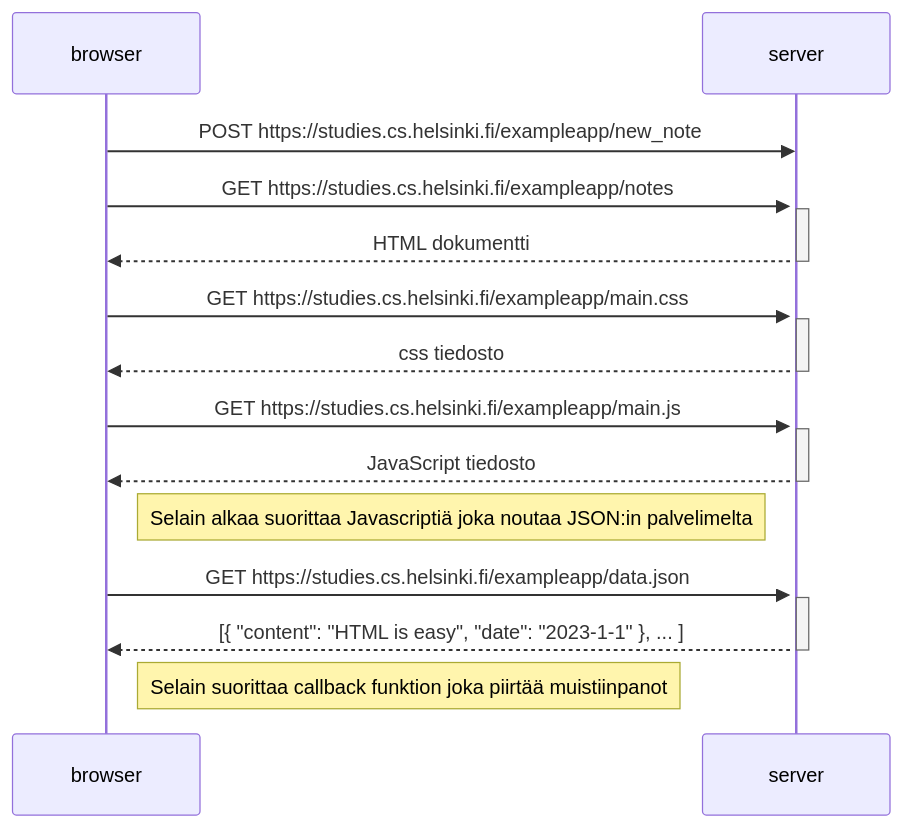
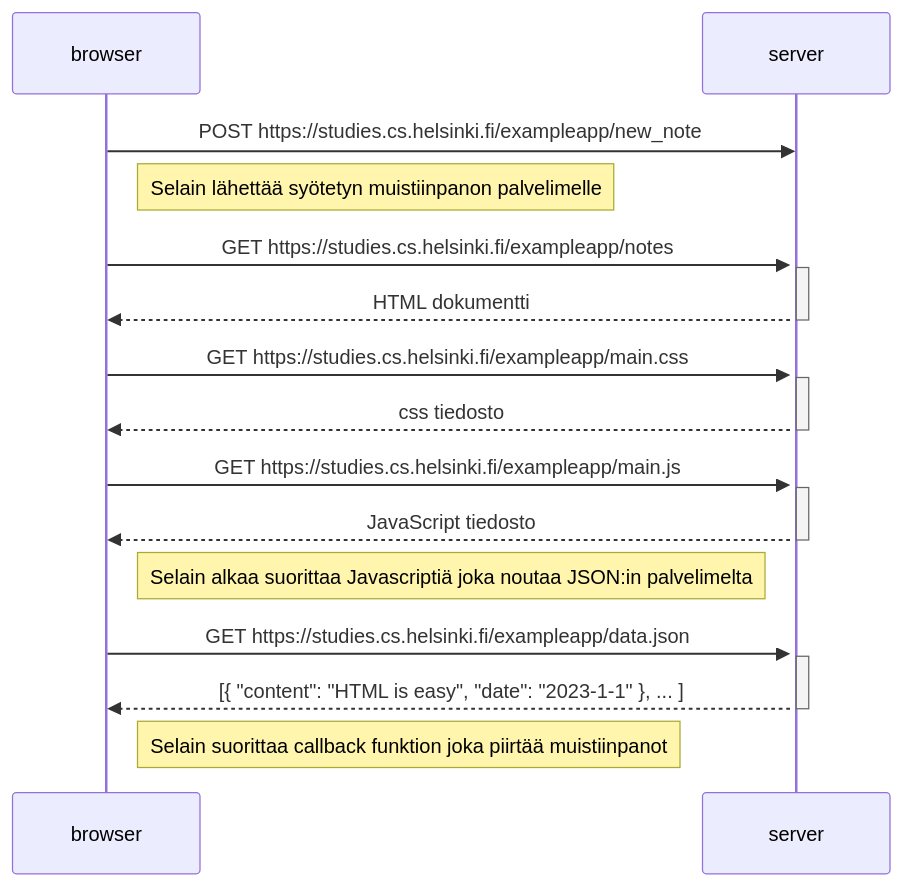
The diagram in fso0t1.md (tuuhei8/full-stack-open), drawn with Mermaid before and after one commit.

````diff
--- a/fso0t1.md
+++ b/fso0t1.md
@@ -1,32 +1,34 @@
 ```mermaid
 sequenceDiagram
     participant browser
     participant server
 
     browser->>server: POST https://studies.cs.helsinki.fi/exampleapp/new_note
     activate server
+
+    Note right of browser: Selain lähettää syötetyn muistiinpanon palvelimelle
     
     browser->>server: GET https://studies.cs.helsinki.fi/exampleapp/notes
     activate server
     server-->>browser: HTML dokumentti
     deactivate server
     
     browser->>server: GET https://studies.cs.helsinki.fi/exampleapp/main.css
     activate server
     server-->>browser: css tiedosto
     deactivate server
     
     browser->>server: GET https://studies.cs.helsinki.fi/exampleapp/main.js
     activate server
     server-->>browser: JavaScript tiedosto
     deactivate server
     
     Note right of browser: Selain alkaa suorittaa Javascriptiä joka noutaa JSON:in palvelimelta
     
     browser->>server: GET https://studies.cs.helsinki.fi/exampleapp/data.json
     activate server
     server-->>browser: [{ "content": "HTML is easy", "date": "2023-1-1" }, ... ]
     deactivate server    
 
     Note right of browser: Selain suorittaa callback funktion joka piirtää muistiinpanot 
 ```
````
